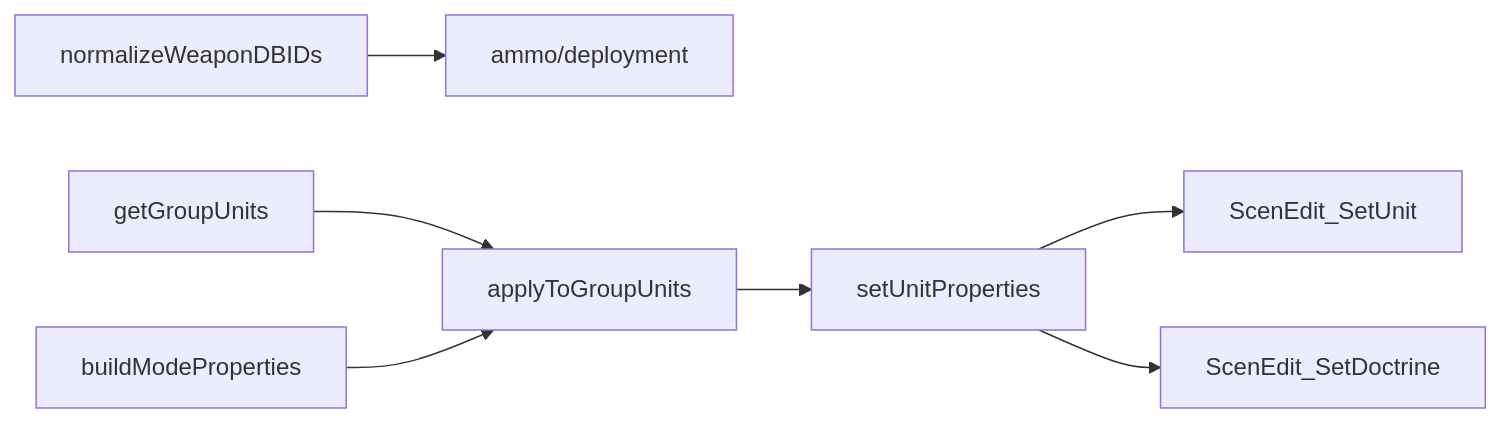
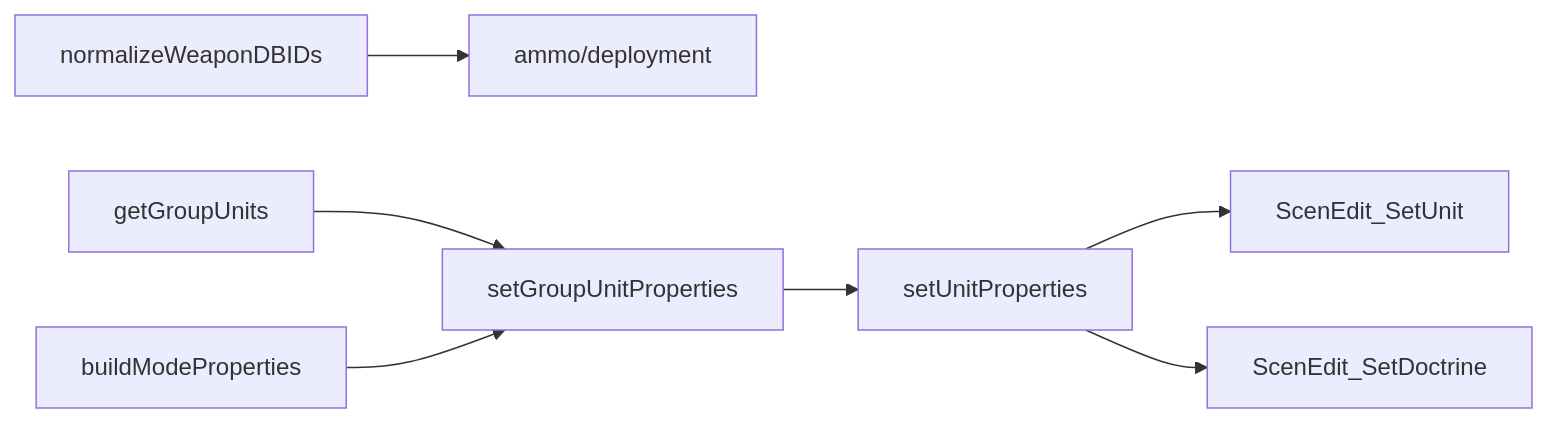
Before and after one commit to pullupjumper/formosa-in-flames: the diagram in docs/missileSystem/shared.md, drawn with Mermaid. The commit also changed other lines of this file and 93 other files, not shown here.

````diff
--- a/docs/missileSystem/shared.md
+++ b/docs/missileSystem/shared.md
@@ -23,9 +23,9 @@
 ```mermaid
 flowchart LR
     A[normalizeWeaponDBIDs] --> B[ammo/deployment]
-    C[getGroupUnits] --> D[applyToGroupUnits]
+    C[getGroupUnits] --> D[setGroupUnitProperties]
     E[buildModeProperties] --> D
     D --> F[setUnitProperties]
     F --> G[ScenEdit_SetUnit]
     F --> H[ScenEdit_SetDoctrine]
 ```
````
